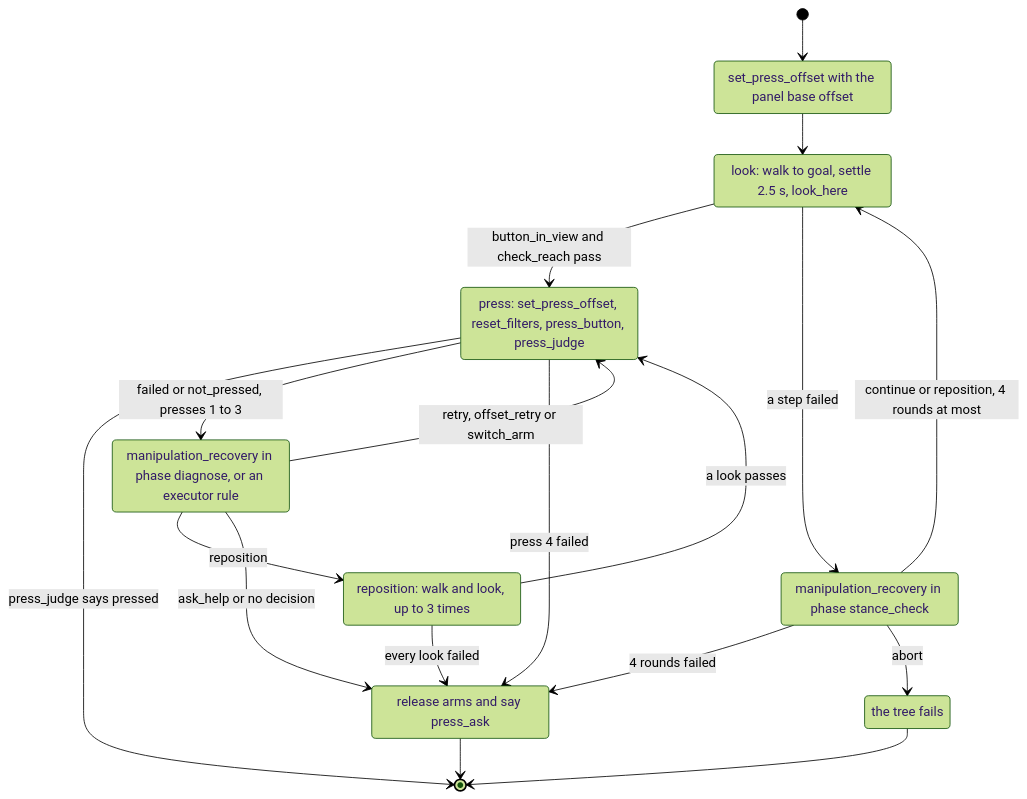
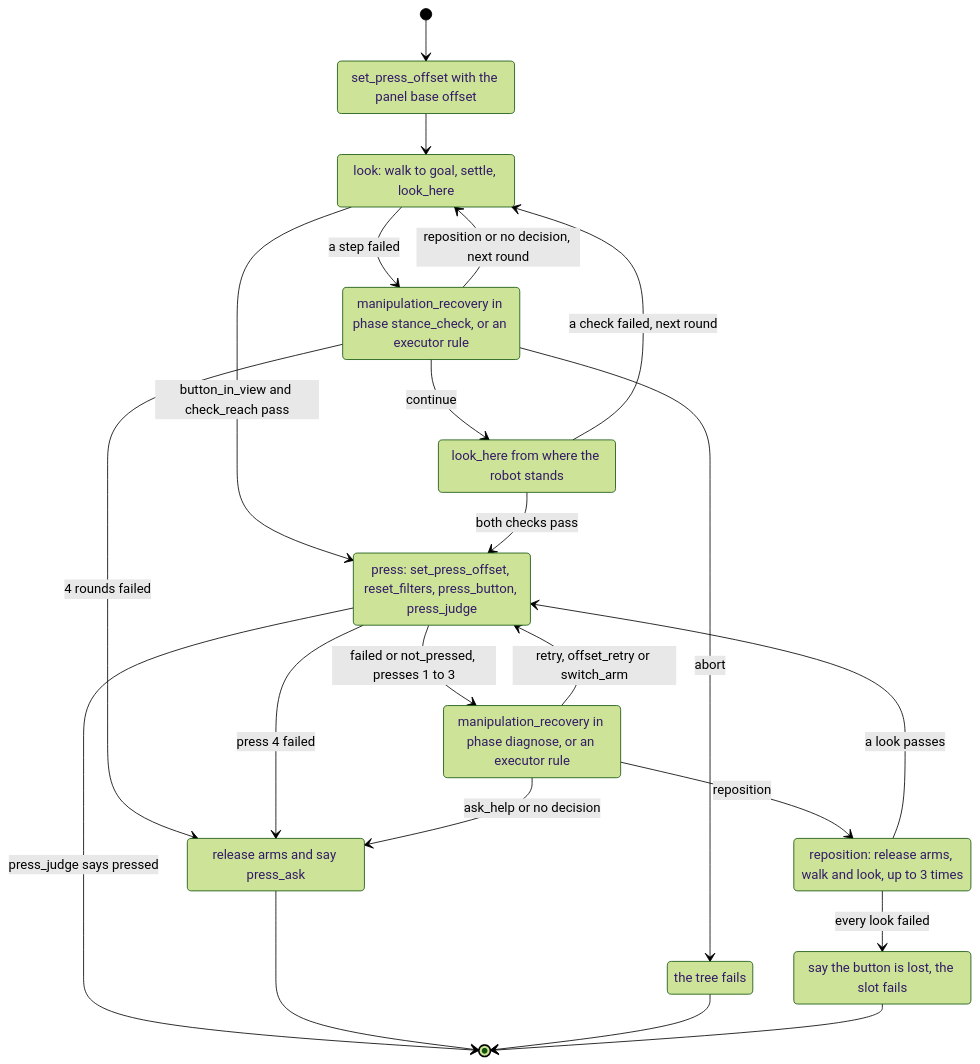
The third of 3 diagrams in docs/design/trees.md (EigenVectorRobotics/orchestrator), drawn with Mermaid (forest theme) before and after one commit. The commit also changed other lines of this file and 73 other files, not shown here.

````diff
--- a/docs/design/trees.md
+++ b/docs/design/trees.md
@@ -90,28 +92,34 @@
 ```mermaid
 stateDiagram-v2
   state "set_press_offset with the panel base offset" as Base
-  state "look: walk to goal, settle 2.5 s, look_here" as Look
-  state "manipulation_recovery in phase stance_check" as StanceRec
+  state "look: walk to goal, settle, look_here" as Look
+  state "manipulation_recovery in phase stance_check, or an executor rule" as StanceRec
+  state "look_here from where the robot stands" as Here
   state "press: set_press_offset, reset_filters, press_button, press_judge" as Press
   state "manipulation_recovery in phase diagnose, or an executor rule" as Diagnose
-  state "reposition: walk and look, up to 3 times" as Repo
+  state "reposition: release arms, walk and look, up to 3 times" as Repo
   state "release arms and say press_ask" as Ask
   state "the tree fails" as Abort
+  state "say the button is lost, the slot fails" as Lost
   [*] --> Base
   Base --> Look
   Look --> Press : button_in_view and check_reach pass
   Look --> StanceRec : a step failed
-  StanceRec --> Look : continue or reposition, 4 rounds at most
+  StanceRec --> Here : continue
+  Here --> Press : both checks pass
+  Here --> Look : a check failed, next round
+  StanceRec --> Look : reposition or no decision, next round
   StanceRec --> Ask : 4 rounds failed
   StanceRec --> Abort : abort
   Press --> [*] : press_judge says pressed
   Press --> Diagnose : failed or not_pressed, presses 1 to 3
   Press --> Ask : press 4 failed
   Diagnose --> Press : retry, offset_retry or switch_arm
   Diagnose --> Repo : reposition
   Repo --> Press : a look passes
-  Repo --> Ask : every look failed
+  Repo --> Lost : every look failed
   Diagnose --> Ask : ask_help or no decision
   Ask --> [*]
   Abort --> [*]
+  Lost --> [*]
 ```
````
